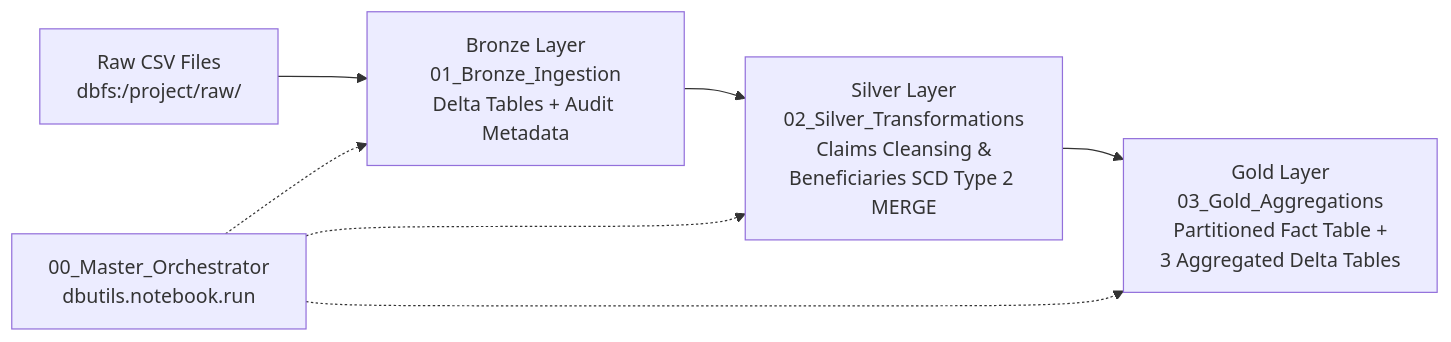
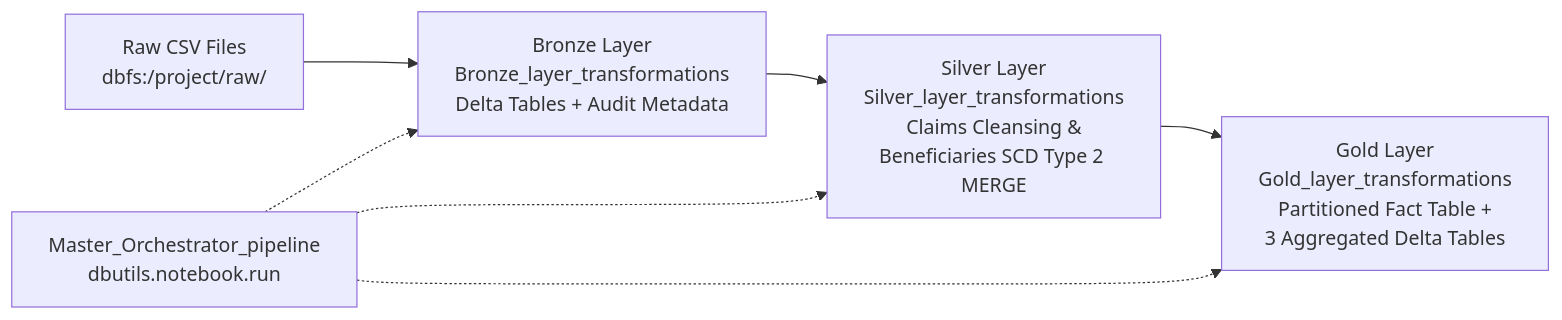
Before and after one commit to sumitc-dev/Healthcare_project: the diagram in README.md, drawn with Mermaid. The commit also changed other lines of this file, not shown here.

````diff
--- a/README.md
+++ b/README.md
@@ -9,9 +9,9 @@
 ```mermaid
 flowchart LR
-    A[Raw CSV Files<br/>dbfs:/project/raw/] --> B[Bronze Layer<br/>01_Bronze_Ingestion<br/>Delta Tables + Audit Metadata]
-    B --> C[Silver Layer<br/>02_Silver_Transformations<br/>Claims Cleansing &<br/>Beneficiaries SCD Type 2 MERGE]
-    C --> D[Gold Layer<br/>03_Gold_Aggregations<br/>Partitioned Fact Table +<br/>3 Aggregated Delta Tables]
-    E[00_Master_Orchestrator<br/>dbutils.notebook.run] -.-> B
+    A[Raw CSV Files<br/>dbfs:/project/raw/] --> B[Bronze Layer<br/>Bronze_layer_transformations<br/>Delta Tables + Audit Metadata]
+    B --> C[Silver Layer<br/>Silver_layer_transformations<br/>Claims Cleansing &<br/>Beneficiaries SCD Type 2 MERGE]
+    C --> D[Gold Layer<br/>Gold_layer_transformations<br/>Partitioned Fact Table +<br/>3 Aggregated Delta Tables]
+    E[Master_Orchestrator_pipeline<br/>dbutils.notebook.run] -.-> B
     E -.-> C
     E -.-> D
 ```
````
